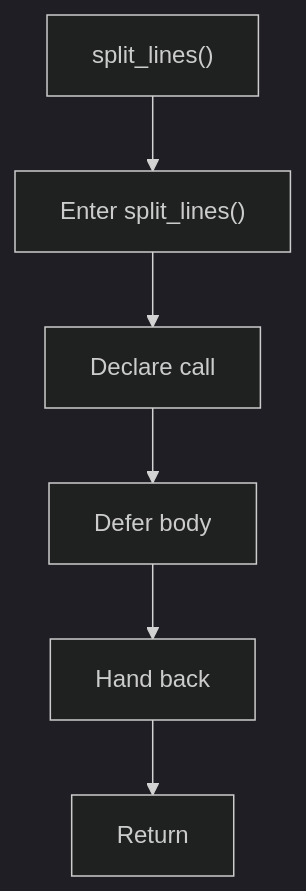
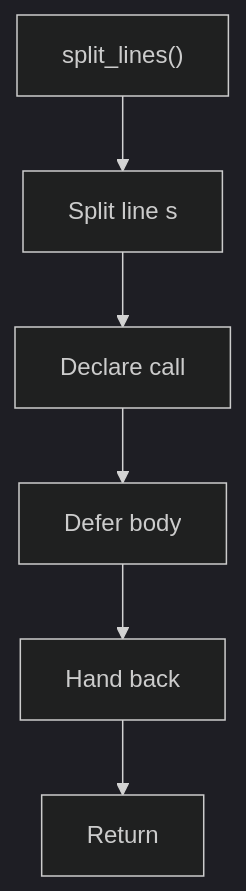
The diagram in docs/Codebase/Microservice/Modules/Header/SyntacticBrokenAST/Trees/Actual/Internal/Flow/functions/split_lines.hpp.md (JohnAndrewBalbarosa/NeoTerritory), drawn with Mermaid (dark theme) before and after one commit. The commit also changed other lines of this file and 915 other files, not shown here.

````diff
--- a/docs/Codebase/Microservice/Modules/Header/SyntacticBrokenAST/Trees/Actual/Internal/Flow/functions/split_lines.hpp.md
+++ b/docs/Codebase/Microservice/Modules/Header/SyntacticBrokenAST/Trees/Actual/Internal/Flow/functions/split_lines.hpp.md
@@ -16,14 +16,14 @@
 ```mermaid
 flowchart TD
     Start["split_lines()"]
-    N0["Enter split_lines()"]
+    N0["Split line s"]
     N1["Declare call"]
     N2["Defer body"]
     N3["Hand back"]
     End["Return"]
     Start --> N0
     N0 --> N1
     N1 --> N2
     N2 --> N3
     N3 --> End
 ```
````
